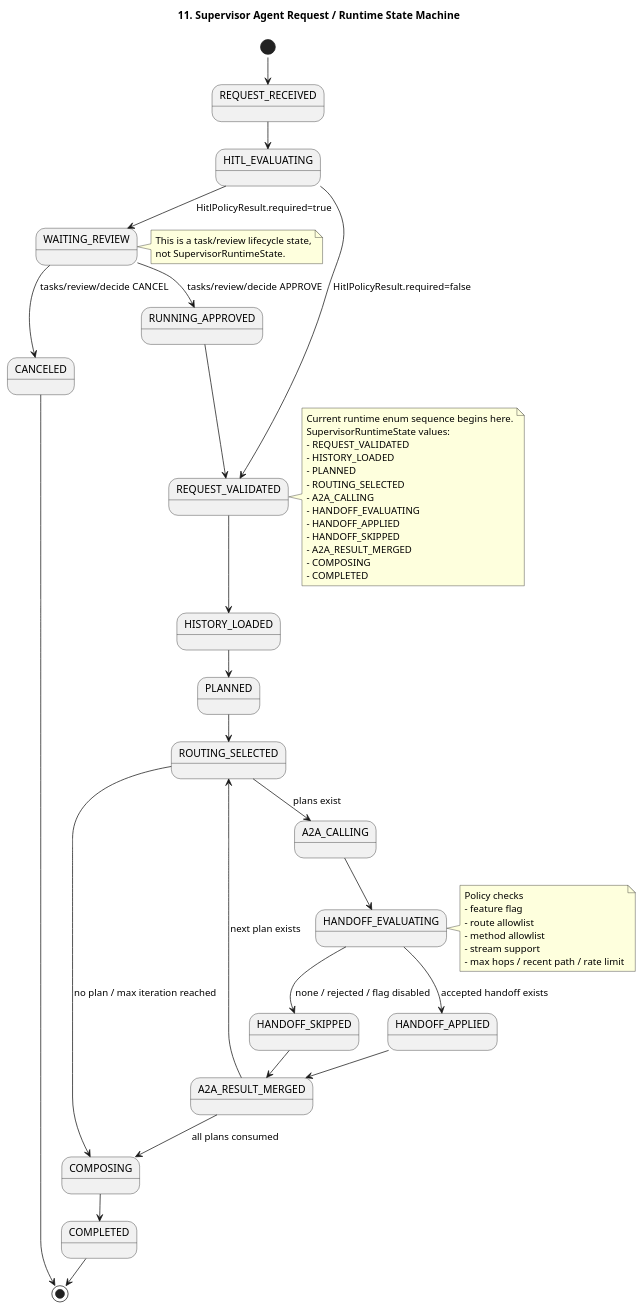
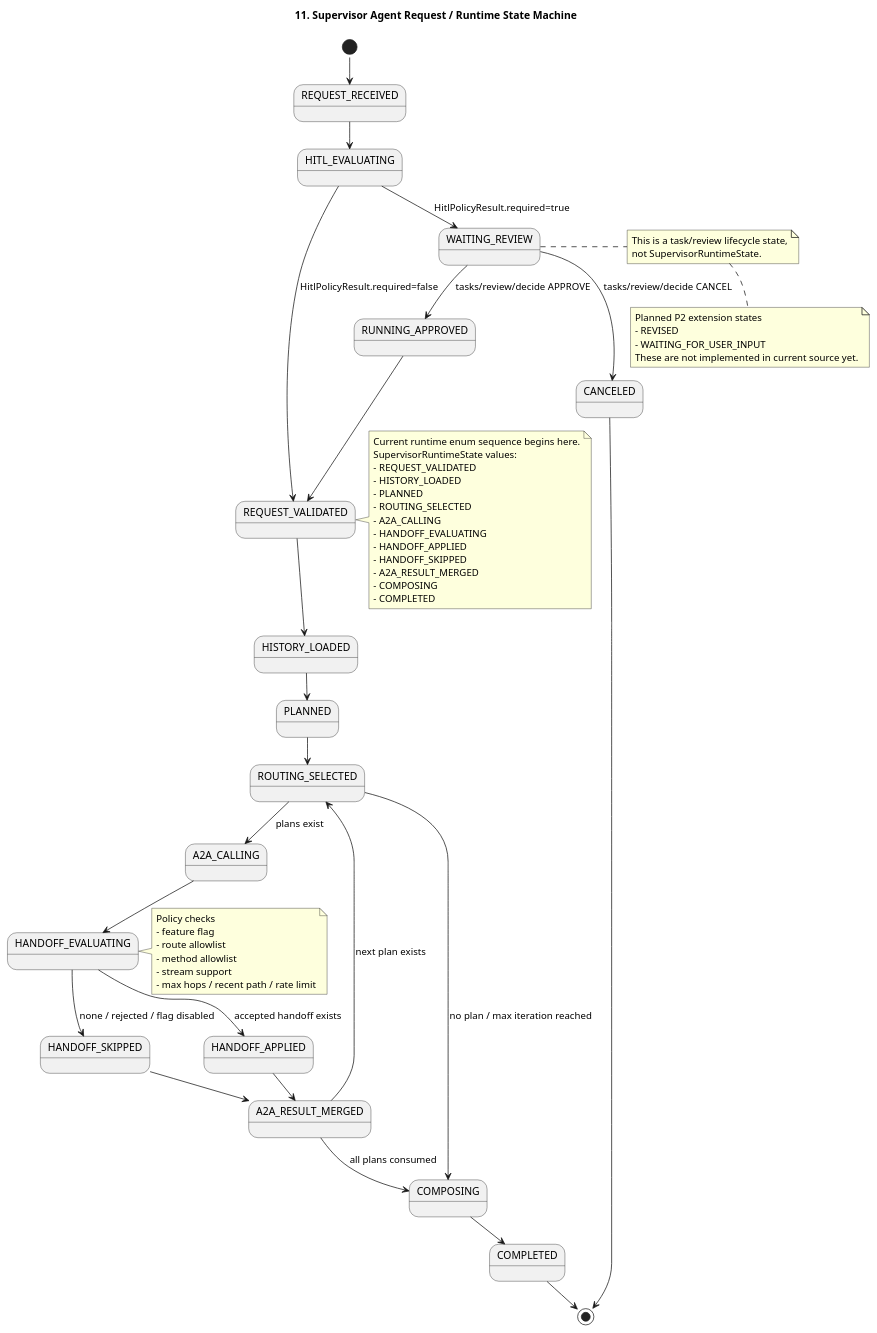
One commit to kim57uak/spring-ai changed the diagram in documents/a2a-host_agent-architecture/11-supervisor-state-machine.puml. Above: the diagram before and after it, drawn with PlantUML. The commit also changed 100 other files, not shown here.

```diff
--- a/documents/a2a-host_agent-architecture/11-supervisor-state-machine.puml
+++ b/documents/a2a-host_agent-architecture/11-supervisor-state-machine.puml
@@ -1,65 +1,72 @@
 @startuml
 !pragma layout smetana
 title 11. Supervisor Agent Request / Runtime State Machine
 
 skinparam shadowing false
 
 [*] --> REQUEST_RECEIVED
 REQUEST_RECEIVED --> HITL_EVALUATING
 
 HITL_EVALUATING --> WAITING_REVIEW : HitlPolicyResult.required=true
 HITL_EVALUATING --> REQUEST_VALIDATED : HitlPolicyResult.required=false
 
 WAITING_REVIEW --> RUNNING_APPROVED : tasks/review/decide APPROVE
 WAITING_REVIEW --> CANCELED : tasks/review/decide CANCEL
 
 RUNNING_APPROVED --> REQUEST_VALIDATED
 
 REQUEST_VALIDATED --> HISTORY_LOADED
 HISTORY_LOADED --> PLANNED
 PLANNED --> ROUTING_SELECTED
 ROUTING_SELECTED --> A2A_CALLING : plans exist
 ROUTING_SELECTED --> COMPOSING : no plan / max iteration reached
 
 A2A_CALLING --> HANDOFF_EVALUATING
 HANDOFF_EVALUATING --> HANDOFF_APPLIED : accepted handoff exists
 HANDOFF_EVALUATING --> HANDOFF_SKIPPED : none / rejected / flag disabled
 HANDOFF_APPLIED --> A2A_RESULT_MERGED
 HANDOFF_SKIPPED --> A2A_RESULT_MERGED
 A2A_RESULT_MERGED --> ROUTING_SELECTED : next plan exists
 A2A_RESULT_MERGED --> COMPOSING : all plans consumed
 
 COMPOSING --> COMPLETED
 CANCELED --> [*]
 COMPLETED --> [*]
 
 note right of WAITING_REVIEW
 This is a task/review lifecycle state,
 not SupervisorRuntimeState.
 end note
 
+note bottom
+Planned P2 extension states
+- REVISED
+- WAITING_FOR_USER_INPUT
+These are not implemented in current source yet.
+end note
+
 note right of REQUEST_VALIDATED
 Current runtime enum sequence begins here.
 SupervisorRuntimeState values:
 - REQUEST_VALIDATED
 - HISTORY_LOADED
 - PLANNED
 - ROUTING_SELECTED
 - A2A_CALLING
 - HANDOFF_EVALUATING
 - HANDOFF_APPLIED
 - HANDOFF_SKIPPED
 - A2A_RESULT_MERGED
 - COMPOSING
 - COMPLETED
 end note
 
 note right of HANDOFF_EVALUATING
 Policy checks
 - feature flag
 - route allowlist
 - method allowlist
 - stream support
 - max hops / recent path / rate limit
 end note
 @enduml
```
